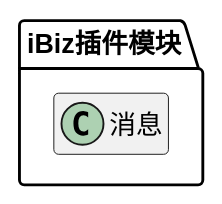
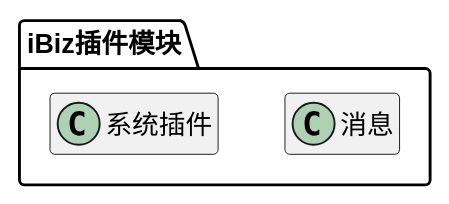
The diagram in ibizpms-docs/src/main/doc/v1/module/ibizplugin.md (zj335841911/nt_chandao), drawn with PlantUML before and after one commit. The commit also changed other lines of this file and 40 other files, not shown here.

```diff
--- a/ibizpms-docs/src/main/doc/v1/module/ibizplugin.md
+++ b/ibizpms-docs/src/main/doc/v1/module/ibizplugin.md
@@ -6,14 +6,17 @@
 {% plantuml %}
 
 package iBiz插件模块 {
 
 class 消息 {
+}
+
+class 系统插件 {
 }
 
 
 
 }
 
 hide members
 
 {% endplantuml %}
```
